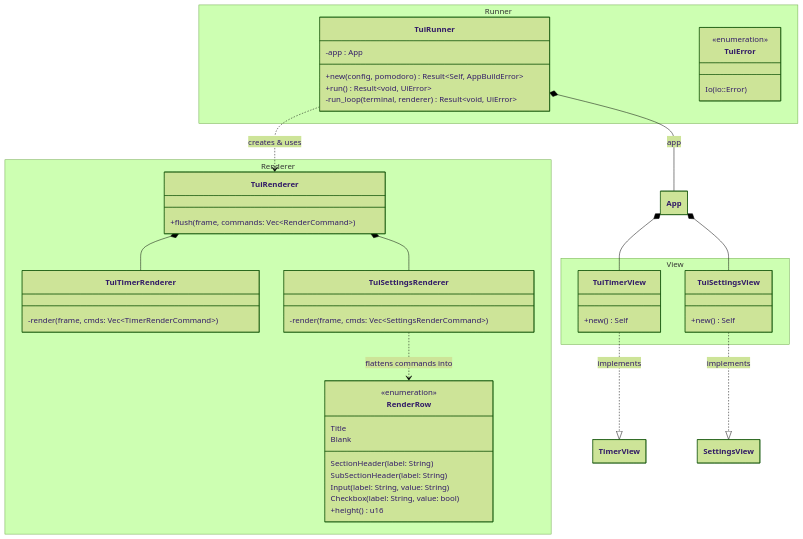
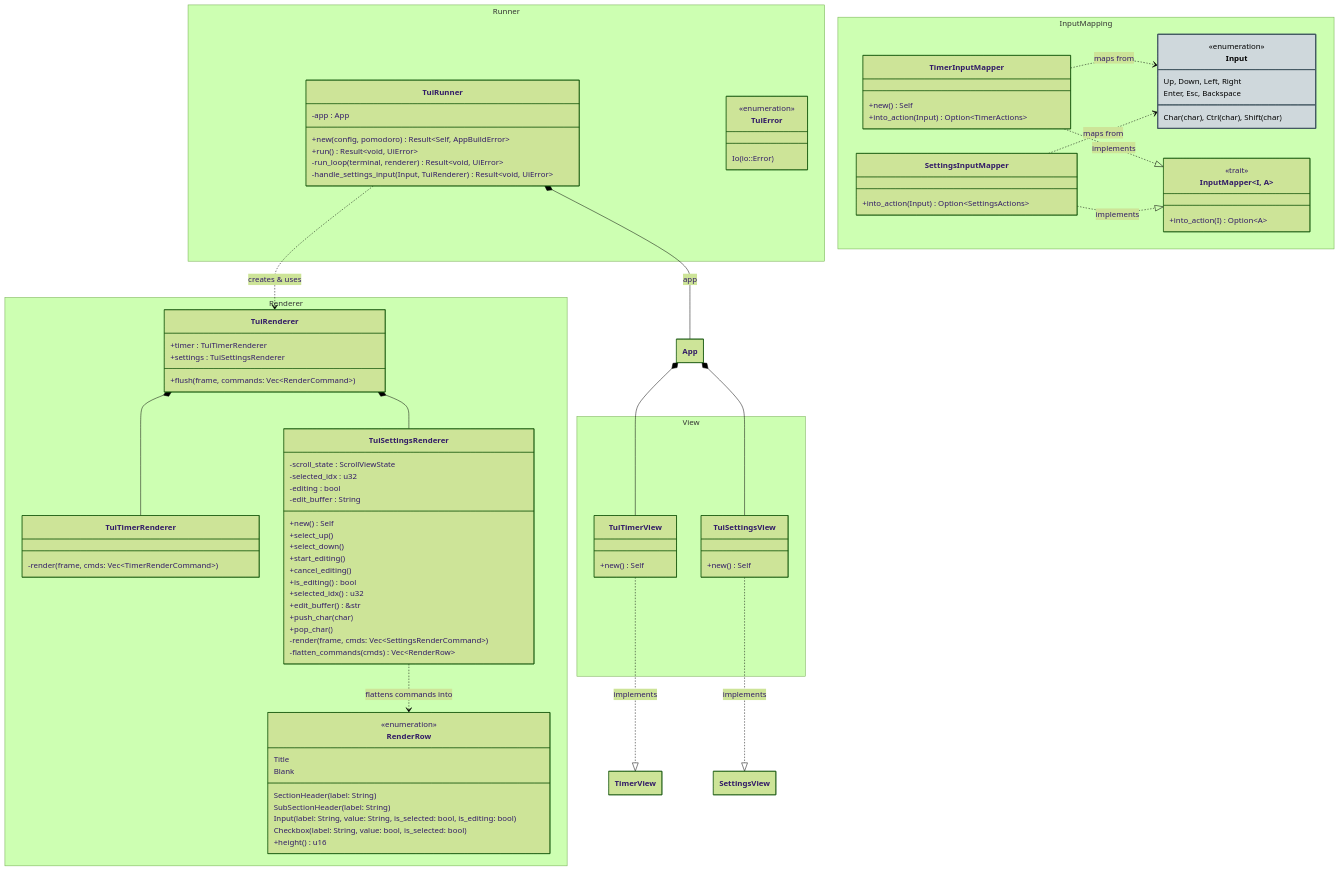
Before and after one commit to FAZuH/tomo: the diagram in docs/diagrams/ui-tui-classdiagram.mmd, drawn with Mermaid (forest theme). The commit also changed 7 other files, not shown here.

Commit message:
docs: update ui diagrams

```diff
--- a/docs/diagrams/ui-tui-classdiagram.mmd
+++ b/docs/diagrams/ui-tui-classdiagram.mmd
@@ -1,69 +1,121 @@
 ---
 config:
   class:
     hideEmptyMembersBox: true
 ---
 classDiagram
     direction TD
 
     namespace Runner {
         class TuiRunner {
             -app : App
             +new(config, pomodoro) Result~Self, AppBuildError~
             +run() Result~void, UiError~
             -run_loop(terminal, renderer) Result~void, UiError~
+            -handle_settings_input(Input, TuiRenderer) Result~void, UiError~
         }
 
         class TuiError {
             <<enumeration>>
             Io(io::Error)
         }
     }
 
     namespace Renderer {
         class TuiRenderer {
+            +timer : TuiTimerRenderer
+            +settings : TuiSettingsRenderer
             +flush(frame, commands: Vec~RenderCommand~)
         }
 
         class TuiTimerRenderer {
             -render(frame, cmds: Vec~TimerRenderCommand~)
         }
 
         class TuiSettingsRenderer {
+            -scroll_state : ScrollViewState
+            -selected_idx : u32
+            -editing : bool
+            -edit_buffer : String
+            +new() Self
+            +select_up()
+            +select_down()
+            +start_editing()
+            +cancel_editing()
+            +is_editing() bool
+            +selected_idx() u32
+            +edit_buffer() &str
+            +push_char(char)
+            +pop_char()
             -render(frame, cmds: Vec~SettingsRenderCommand~)
+            -flatten_commands(cmds) Vec~RenderRow~
         }
 
         class RenderRow {
             <<enumeration>>
             Title
             Blank
             SectionHeader(label: String)
             SubSectionHeader(label: String)
-            Input(label: String, value: String)
-            Checkbox(label: String, value: bool)
+            Input(label: String, value: String, is_selected: bool, is_editing: bool)
+            Checkbox(label: String, value: bool, is_selected: bool)
             +height() u16
         }
     }
 
     namespace View {
         class TuiTimerView {
             +new() Self
         }
 
         class TuiSettingsView {
             +new() Self
+        }
+    }
+
+    namespace InputMapping {
+        class Input:::action {
+            <<enumeration>>
+            Up, Down, Left, Right
+            Enter, Esc, Backspace
+            Char(char), Ctrl(char), Shift(char)
+        }
+
+        class TimerInputMapper {
+            +new() Self
+            +into_action(Input) Option~TimerActions~
+        }
+
+        class SettingsInputMapper {
+            +into_action(Input) Option~SettingsActions~
+        }
+
+        class InputMapper~I, A~ {
+            <<trait>>
+            +into_action(I) Option~A~
         }
     }
 
     TuiRunner *-- App : app
     App *-- TuiTimerView
     App *-- TuiSettingsView
     TuiRunner ..> TuiRenderer : creates & uses
 
     TuiRenderer *-- TuiTimerRenderer
     TuiRenderer *-- TuiSettingsRenderer
 
     TuiSettingsRenderer ..> RenderRow : flattens commands into
 
     TuiTimerView ..|> TimerView : implements
     TuiSettingsView ..|> SettingsView : implements
+
+    TimerInputMapper ..|> InputMapper : implements
+    SettingsInputMapper ..|> InputMapper : implements
+    TimerInputMapper ..> Input : maps from
+    SettingsInputMapper ..> Input : maps from
+
+    classDef view fill:#c8e6c9,stroke:#2e7d32,stroke-width:2px,color:#000
+    classDef controller fill:#bbdefb,stroke:#1565c0,stroke-width:2px,color:#000
+    classDef state fill:#fff9c4,stroke:#fbc02d,stroke-width:2px,color:#000
+    classDef renderCmd fill:#ffccbc,stroke:#d84315,stroke-width:2px,color:#000
+    classDef action fill:#cfd8dc,stroke:#455a64,stroke-width:2px,color:#000
```
